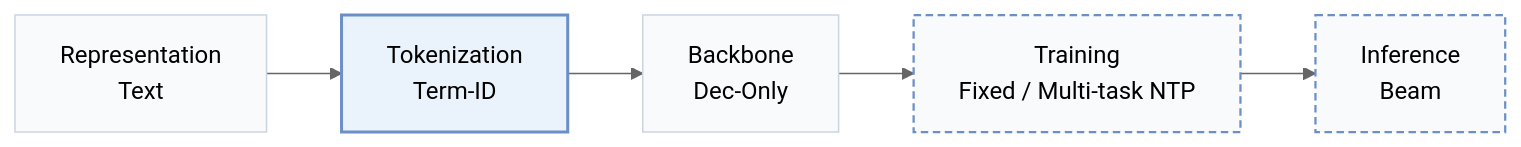
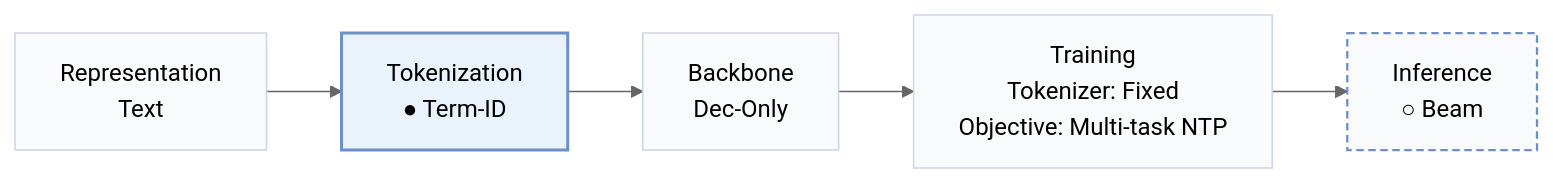
Before and after one commit to Galaxy-ghost/Awesome-SID-Generative-Rec: the first of 3 diagrams in pages/papers/grlm.md, drawn with Mermaid (neutral theme). The commit also changed other lines of this file and 558 other files, not shown here.

````diff
--- a/pages/papers/grlm.md
+++ b/pages/papers/grlm.md
@@ -15,10 +19,10 @@
 ```mermaid
 flowchart LR
-    R["Representation<br/>Text"] --> T["Tokenization<br/>Term-ID"] --> B["Backbone<br/>Dec-Only"] --> TR["Training<br/>Fixed / Multi-task NTP"] --> I["Inference<br/>Beam"]
+    R["Representation<br/>Text"] --> T["Tokenization<br/>● Term-ID"] --> B["Backbone<br/>Dec-Only"] --> TR["Training<br/>Tokenizer: Fixed<br/>Objective: Multi-task NTP"] --> I["Inference<br/>○ Beam"]
     classDef base fill:#f8fafc,stroke:#cbd5e1
     class R,T,B,TR,I base
-    classDef also fill:#f8fafc,stroke:#6b8fc7,stroke-width:1.5px,stroke-dasharray:5 3
-    class TR,I also
+    classDef other fill:#f8fafc,stroke:#6b8fc7,stroke-width:1.5px,stroke-dasharray:5 3
+    class I other
     classDef main fill:#eaf2fb,stroke:#6b8fc7,stroke-width:2px
     class T main
 ```
````
